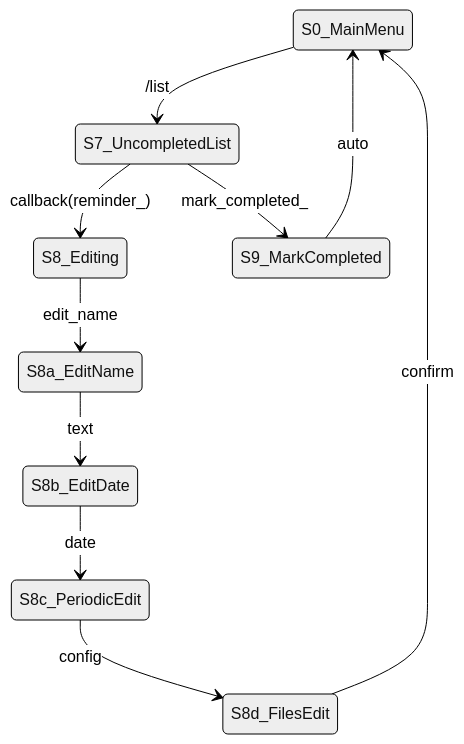
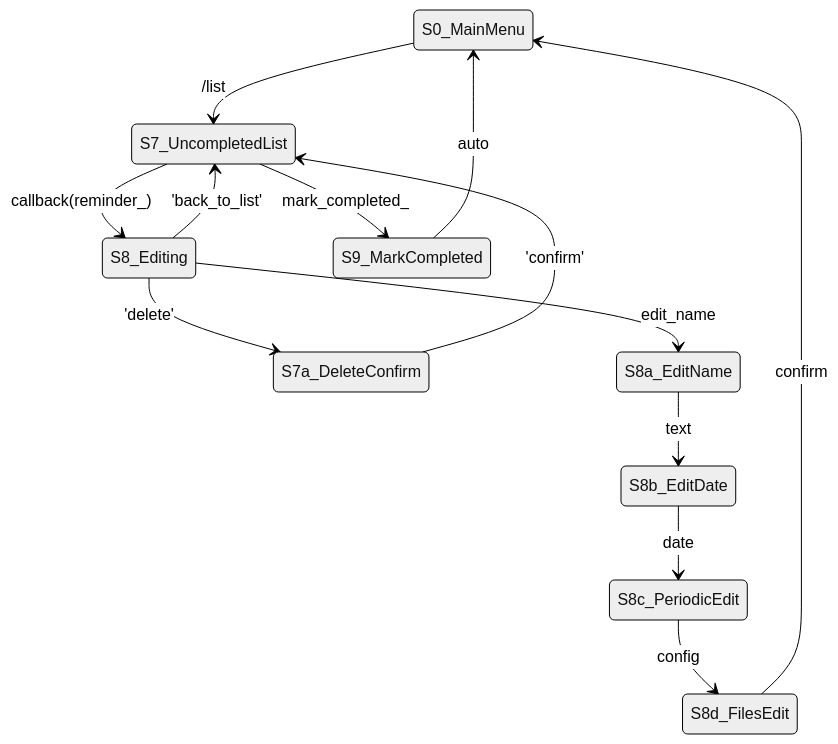
The second of 4 diagrams in API_Course_Task.md (n1gh7c0re/reminder_bot), drawn with Mermaid (neutral theme) before and after one commit. The commit also changed other lines of this file, not shown here.

````diff
--- a/API_Course_Task.md
+++ b/API_Course_Task.md
@@ -30,13 +30,16 @@
 ```mermaid
 stateDiagram-v2
     S0_MainMenu --> S7_UncompletedList: /list
     S7_UncompletedList --> S8_Editing: callback(reminder_<id>)
+    S8_Editing --> S7_UncompletedList: 'back_to_list'
+    S8_Editing --> S7a_DeleteConfirm: 'delete'
+    S7a_DeleteConfirm --> S7_UncompletedList: 'confirm'
     S8_Editing --> S8a_EditName: edit_name
     S8a_EditName --> S8b_EditDate: text
     S8b_EditDate --> S8c_PeriodicEdit: date
     S8c_PeriodicEdit --> S8d_FilesEdit: config
     S8d_FilesEdit --> S0_MainMenu: confirm
 
     S7_UncompletedList --> S9_MarkCompleted: mark_completed_<id>
     S9_MarkCompleted --> S0_MainMenu: auto
 ```
````
